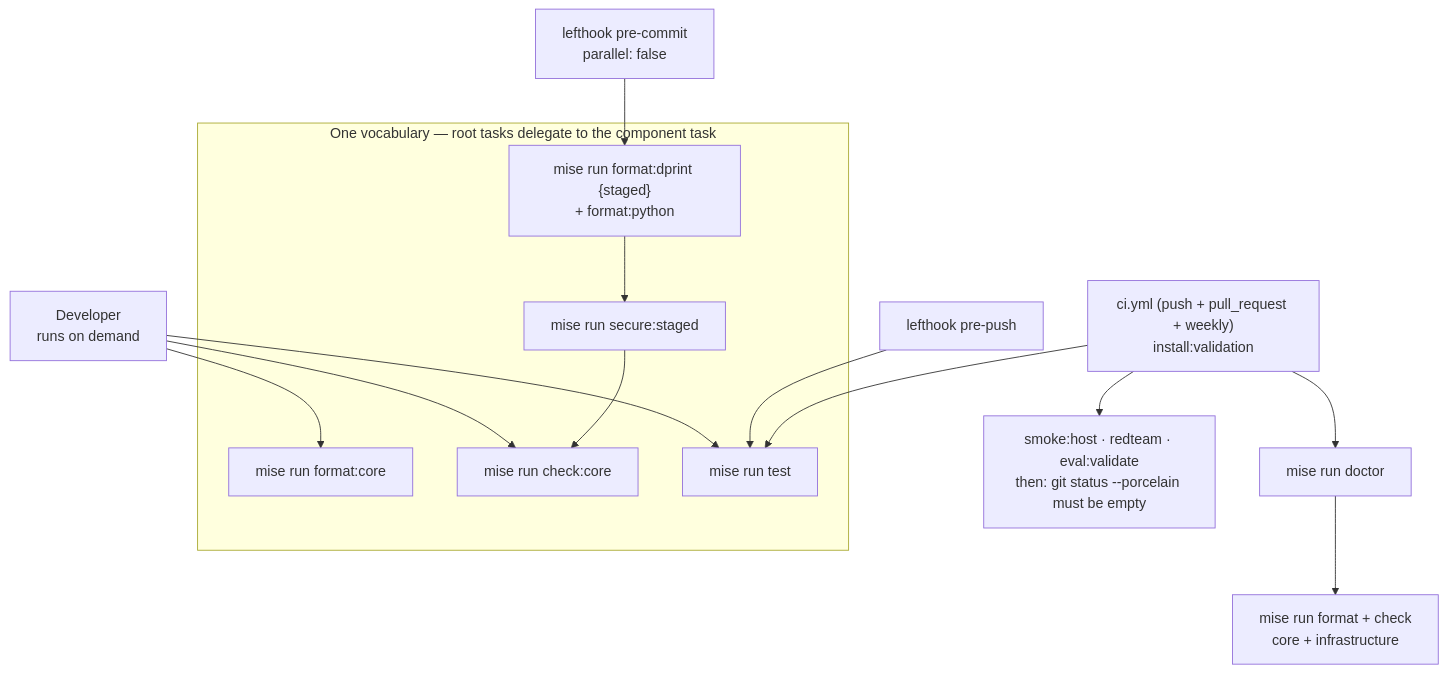
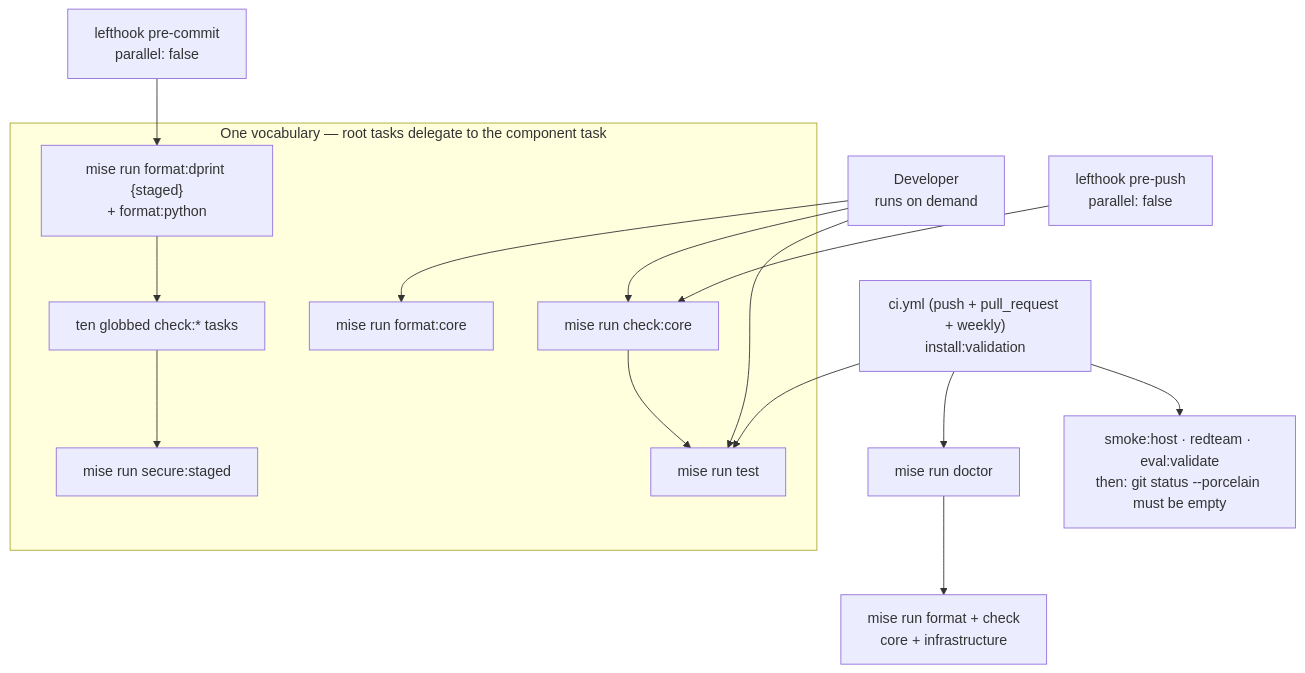
Before and after one commit to LuiGGi629/agentops-open-course: the diagram in docs/4. Quality/4.1. Linting.md, drawn with Mermaid. The commit also changed other lines of this file and 44 other files, not shown here.

````diff
--- a/docs/4. Quality/4.1. Linting.md
+++ b/docs/4. Quality/4.1. Linting.md
@@ -123,23 +123,24 @@
 ```mermaid
 flowchart TD
     subgraph vocab["One vocabulary — root tasks delegate to the component task"]
         FMT["mise run format:core"]
         FMTC["mise run format:dprint {staged}<br/>+ format:python"]
+        SCOPED["ten globbed check:* tasks"]
         CHK["mise run check:core"]
         TST["mise run test"]
         SEC["mise run secure:staged"]
     end
 
     DEV["Developer<br/>runs on demand"] --> FMT
     DEV --> CHK
     DEV --> TST
 
     PC["lefthook pre-commit<br/>parallel: false"] --> FMTC
-    FMTC --> SEC --> CHK
+    FMTC --> SCOPED --> SEC
 
-    PP["lefthook pre-push"] --> TST
+    PP["lefthook pre-push<br/>parallel: false"] --> CHK --> TST
 
     CI["ci.yml (push + pull_request + weekly)<br/>install:validation"] --> DOC["mise run doctor"] --> FULL["mise run format + check<br/>core + infrastructure"]
     CI --> TST
     CI --> EXTRA["smoke:host · redteam · eval:validate<br/>then: git status --porcelain must be empty"]
 ```
````
